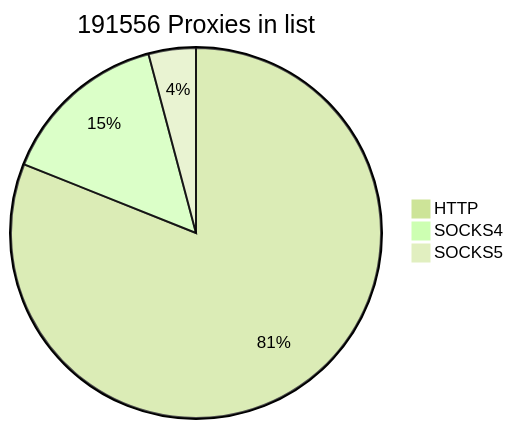
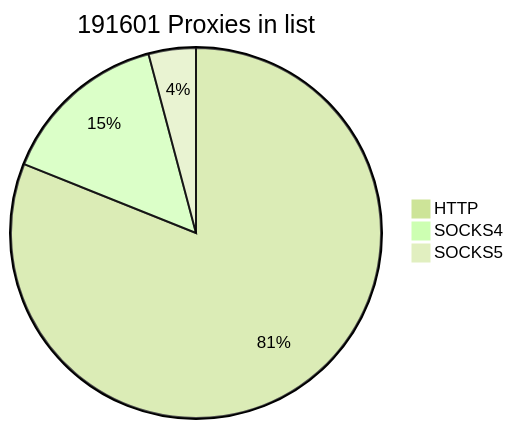
Before and after one commit to cutipu/proxylist: the first of 2 diagrams in README.md, drawn with Mermaid (forest theme). The commit also changed other lines of this file, not shown here.

````diff
--- a/README.md
+++ b/README.md
@@ -2,7 +2,7 @@
 ```mermaid
-pie title 191556 Proxies in list
-    "HTTP" : 155262
-    "SOCKS4" : 28383
-    "SOCKS5" : 7911
+pie title 191601 Proxies in list
+    "HTTP" : 155323
+    "SOCKS4" : 28370
+    "SOCKS5" : 7908
             
 ```
````
